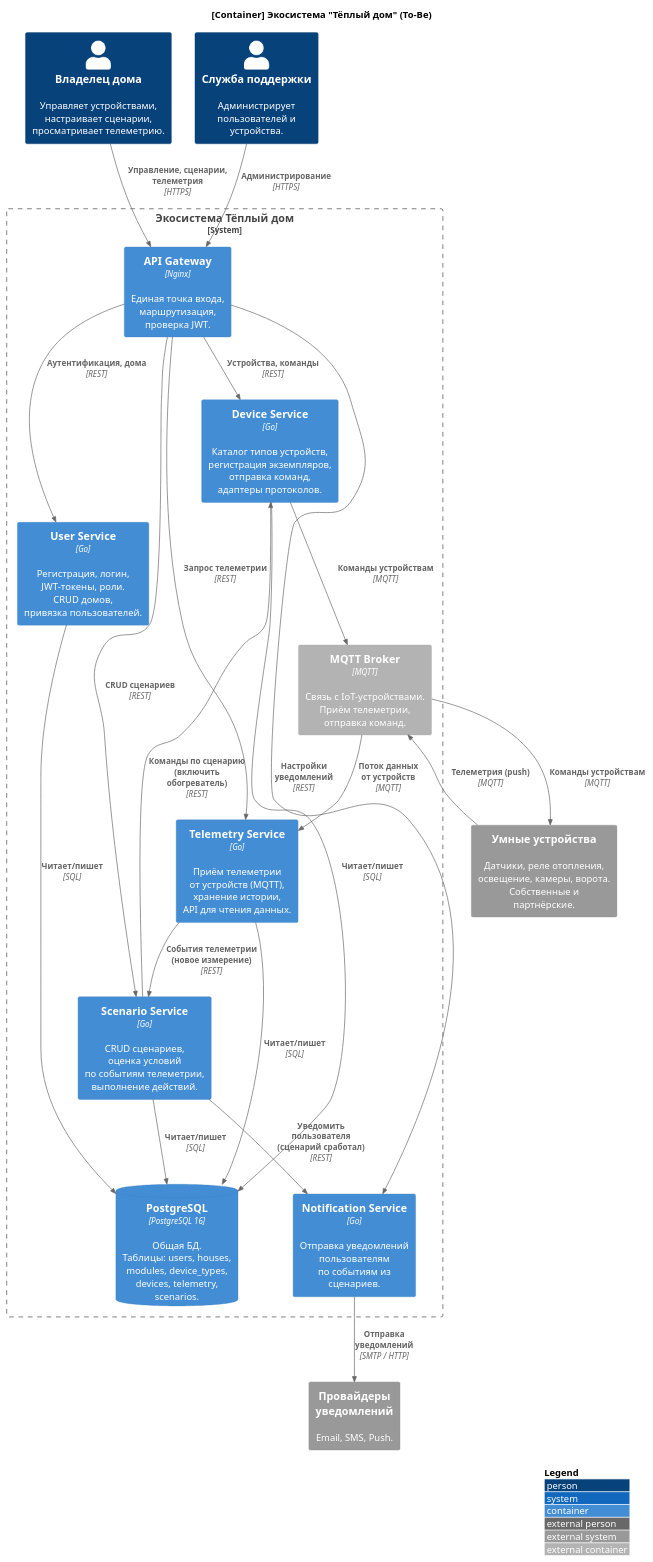
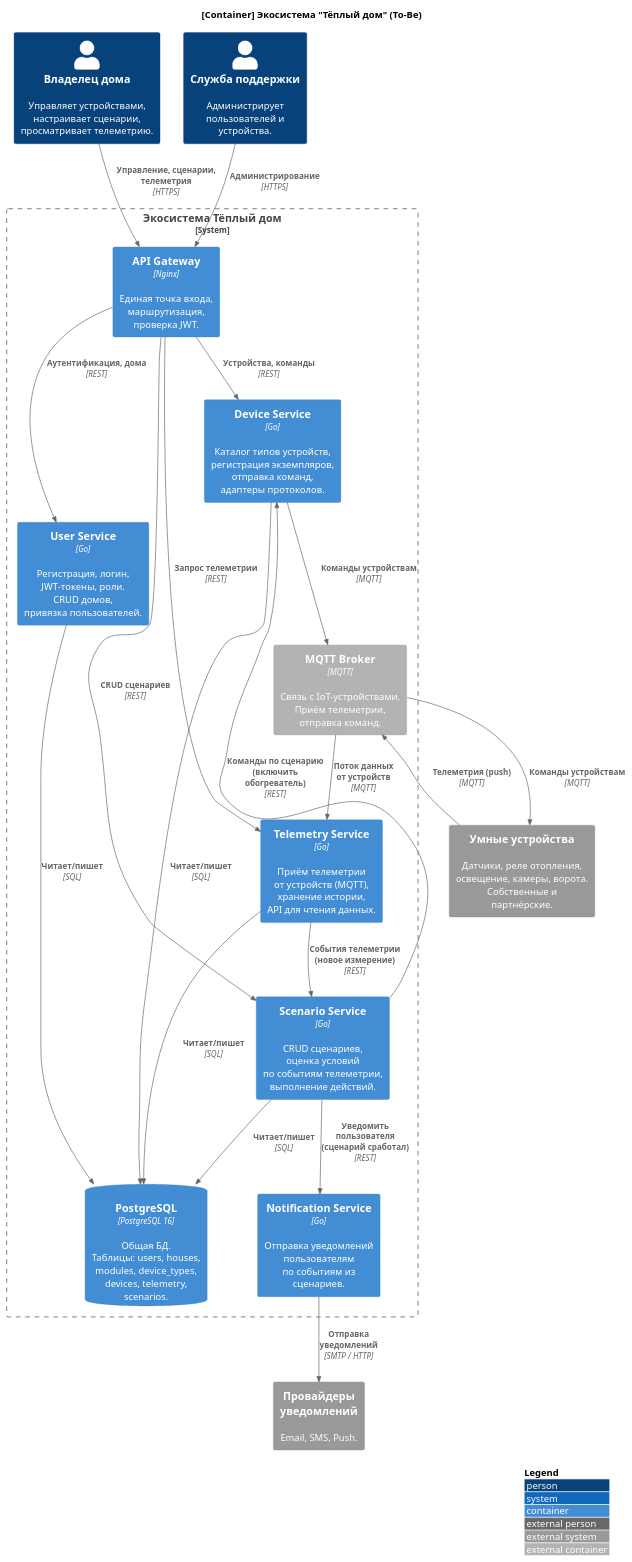
One commit to viktor-zhokhov/architecture-warmhouse changed the diagram in diagrams/c4-container.puml. Above: the diagram before and after it, drawn with PlantUML. The commit also changed 2 other files, not shown here.

Commit message:
fix: remove unused gateway-notification link, add action enum, add temperature-api healthcheck

```diff
--- a/diagrams/c4-container.puml
+++ b/diagrams/c4-container.puml
@@ -1,66 +1,65 @@
 @startuml C4_Container_WarmHouse_ToBe
 !include https://raw.githubusercontent.com/plantuml-stdlib/C4-PlantUML/master/C4_Container.puml
 
 LAYOUT_WITH_LEGEND()
 
 title [Container] Экосистема "Тёплый дом" (To-Be)
 
 Person(homeowner, "Владелец дома", "Управляет устройствами,\nнастраивает сценарии,\nпросматривает телеметрию.")
 
 Person(support, "Служба поддержки", "Администрирует\nпользователей и устройства.")
 
 System_Ext(devices, "Умные устройства", "Датчики, реле отопления,\nосвещение, камеры, ворота.\nСобственные и партнёрские.")
 
 System_Ext(notification_providers, "Провайдеры уведомлений", "Email, SMS, Push.")
 
 System_Boundary(ecosystem, "Экосистема Тёплый дом") {
 
     Container(gateway, "API Gateway", "Nginx", "Единая точка входа,\nмаршрутизация,\nпроверка JWT.")
 
     Container(user_svc, "User Service", "Go", "Регистрация, логин,\nJWT-токены, роли.\nCRUD домов,\nпривязка пользователей.")
 
     Container(device_svc, "Device Service", "Go", "Каталог типов устройств,\nрегистрация экземпляров,\nотправка команд,\nадаптеры протоколов.")
 
     Container(telemetry_svc, "Telemetry Service", "Go", "Приём телеметрии\nот устройств (MQTT),\nхранение истории,\nAPI для чтения данных.")
 
     Container(scenario_svc, "Scenario Service", "Go", "CRUD сценариев,\nоценка условий\nпо событиям телеметрии,\nвыполнение действий.")
 
     Container(notification_svc, "Notification Service", "Go", "Отправка уведомлений\nпользователям\nпо событиям из\nсценариев.")
 
     ContainerDb(db, "PostgreSQL", "PostgreSQL 16", "Общая БД.\nТаблицы: users, houses,\nmodules, device_types,\ndevices, telemetry,\nscenarios.")
 
     Container_Ext(mqtt, "MQTT Broker", "MQTT", "Связь с IoT-устройствами.\nПриём телеметрии,\nотправка команд.")
 }
 
 ' --- Пользователи → Gateway ---
 Rel(homeowner, gateway, "Управление, сценарии,\nтелеметрия", "HTTPS")
 Rel(support, gateway, "Администрирование", "HTTPS")
 
 ' --- Gateway → сервисы ---
 Rel(gateway, user_svc, "Аутентификация, дома", "REST")
 Rel(gateway, device_svc, "Устройства, команды", "REST")
 Rel(gateway, telemetry_svc, "Запрос телеметрии", "REST")
 Rel(gateway, scenario_svc, "CRUD сценариев", "REST")
-Rel(gateway, notification_svc, "Настройки уведомлений", "REST")
 
 ' --- Сервисы → БД ---
 Rel(user_svc, db, "Читает/пишет", "SQL")
 Rel(device_svc, db, "Читает/пишет", "SQL")
 Rel(telemetry_svc, db, "Читает/пишет", "SQL")
 Rel(scenario_svc, db, "Читает/пишет", "SQL")
 
 ' --- IoT: устройства ↔ MQTT ↔ сервисы ---
 Rel(devices, mqtt, "Телеметрия (push)", "MQTT")
 Rel(mqtt, telemetry_svc, "Поток данных\nот устройств", "MQTT")
 Rel(device_svc, mqtt, "Команды устройствам", "MQTT")
 Rel(mqtt, devices, "Команды устройствам", "MQTT")
 
 ' --- Межсервисные связи ---
 Rel(telemetry_svc, scenario_svc, "События телеметрии\n(новое измерение)", "REST")
 Rel(scenario_svc, device_svc, "Команды по сценарию\n(включить обогреватель)", "REST")
 Rel(scenario_svc, notification_svc, "Уведомить пользователя\n(сценарий сработал)", "REST")
 
 ' --- Notification → провайдеры ---
 Rel(notification_svc, notification_providers, "Отправка уведомлений", "SMTP / HTTP")
 
 @enduml
```
